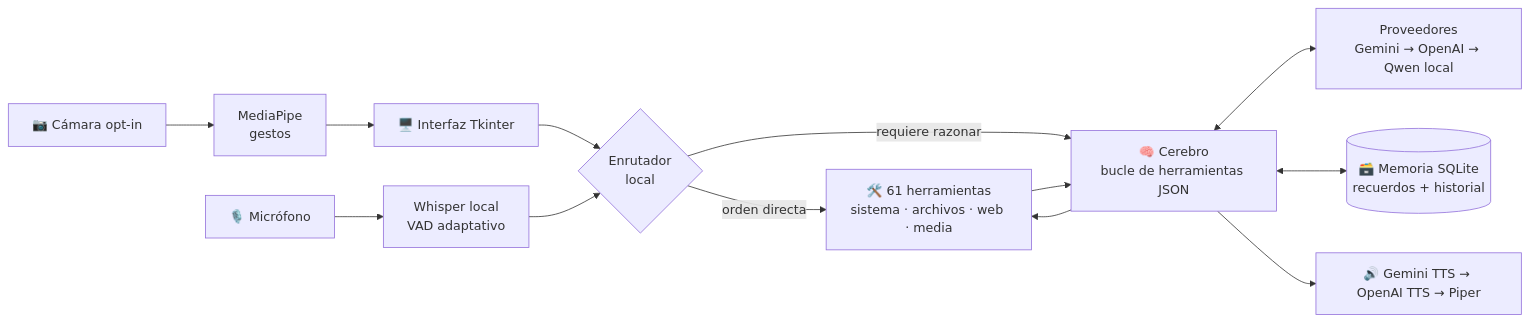
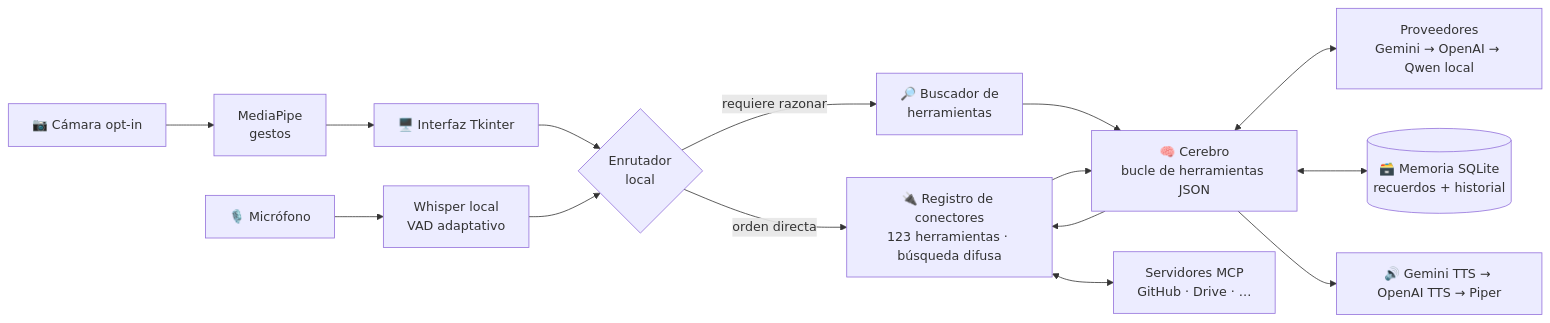
One commit to mesudadedillo-jpg/BARK changed the diagram in README.md. Above: the diagram before and after it, drawn with Mermaid. The commit also changed other lines of this file and 24 other files, not shown here.

First line of the commit message:
Conectores tipo Claude: 123 herramientas, búsqueda difusa y cliente MCP

````diff
--- a/README.md
+++ b/README.md
@@ -68,15 +91,17 @@
 ```mermaid
 flowchart LR
     MIC["🎙️ Micrófono"] --> STT["Whisper local<br/>VAD adaptativo"]
     UI["🖥️ Interfaz Tkinter"] --> R
     CAM["📷 Cámara opt-in"] --> VIS["MediaPipe<br/>gestos"]
     VIS --> UI
     STT --> R{"Enrutador<br/>local"}
     R -- "orden directa" --> T
-    R -- "requiere razonar" --> C["🧠 Cerebro<br/>bucle de herramientas JSON"]
+    R -- "requiere razonar" --> S["🔎 Buscador de<br/>herramientas"]
+    S --> C["🧠 Cerebro<br/>bucle de herramientas JSON"]
     C <--> P["Proveedores<br/>Gemini → OpenAI → Qwen local"]
-    C --> T["🛠️ 61 herramientas<br/>sistema · archivos · web · media"]
+    C --> T["🔌 Registro de conectores<br/>123 herramientas · búsqueda difusa"]
+    T <--> MCP["Servidores MCP<br/>GitHub · Drive · …"]
     C <--> M[("🗃️ Memoria SQLite<br/>recuerdos + historial")]
     T --> C
     C --> TTS["🔊 Gemini TTS → OpenAI TTS → Piper"]
 ```
````
